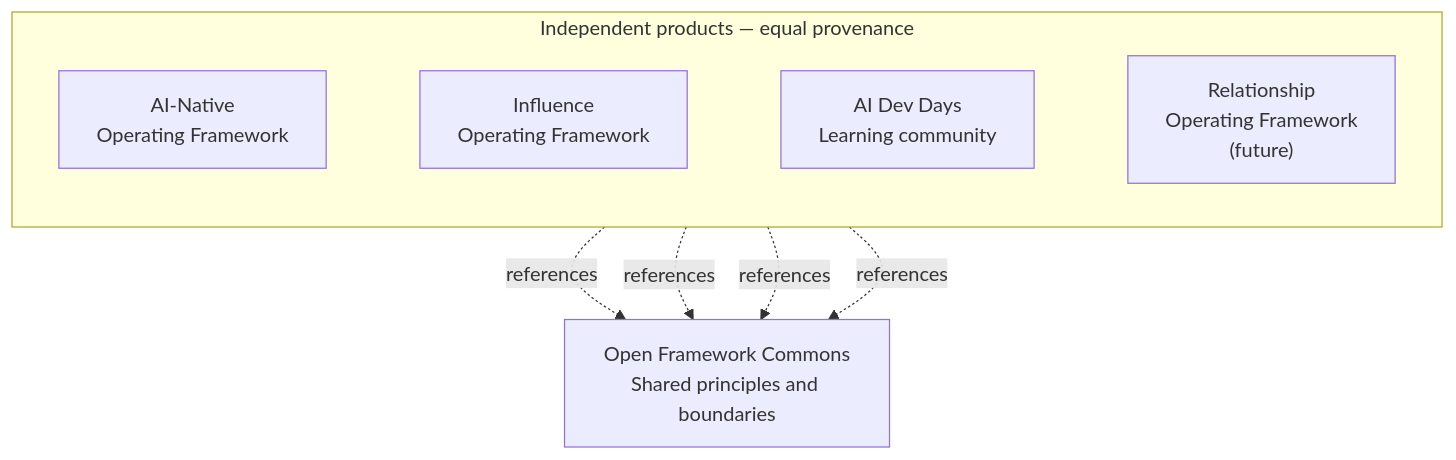
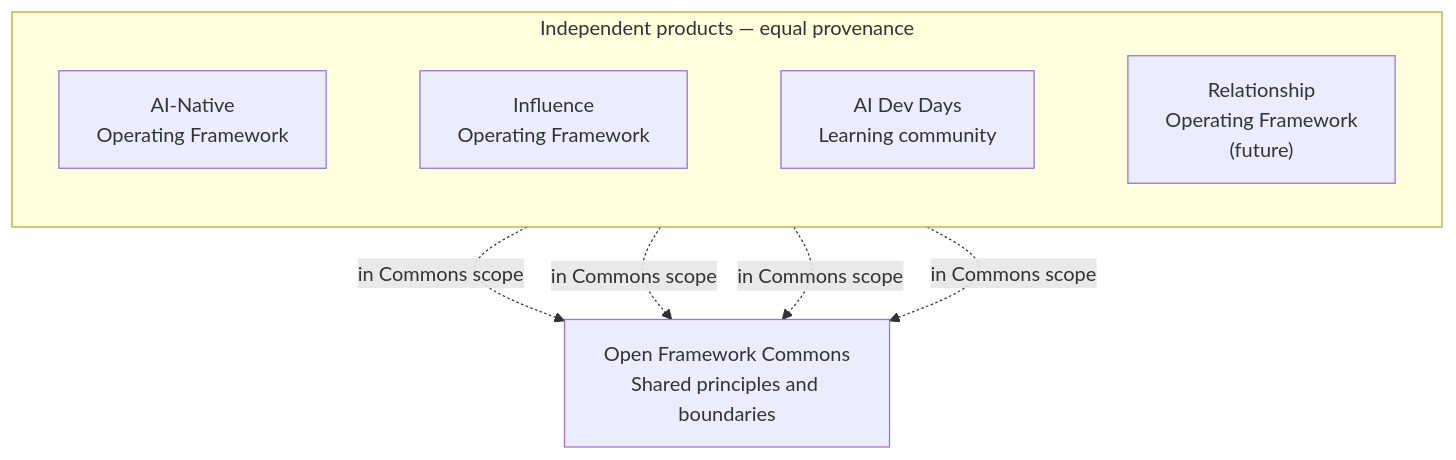
One commit to BradGroux/open-framework-commons changed the diagram in README.md. Above: the diagram before and after it, drawn with Mermaid. The commit also changed other lines of this file and 1 other file, not shown here.

Commit message:
fix: correct visualization semantics

````diff
--- a/README.md
+++ b/README.md
@@ -20,21 +20,21 @@
 ```mermaid
 flowchart TB
   subgraph products["Independent products — equal provenance"]
     direction LR
     native["AI-Native<br/>Operating Framework"]
     influence["Influence<br/>Operating Framework"]
     devdays["AI Dev Days<br/>Learning community"]
     relationship["Relationship<br/>Operating Framework<br/>(future)"]
 
     native ~~~ influence
     influence ~~~ devdays
     devdays ~~~ relationship
   end
 
   commons["Open Framework Commons<br/>Shared principles and boundaries"]
 
-  native -. references .-> commons
-  influence -. references .-> commons
-  devdays -. references .-> commons
-  relationship -. references .-> commons
+  native -. "in Commons scope" .-> commons
+  influence -. "in Commons scope" .-> commons
+  devdays -. "in Commons scope" .-> commons
+  relationship -. "in Commons scope" .-> commons
 ```
````
